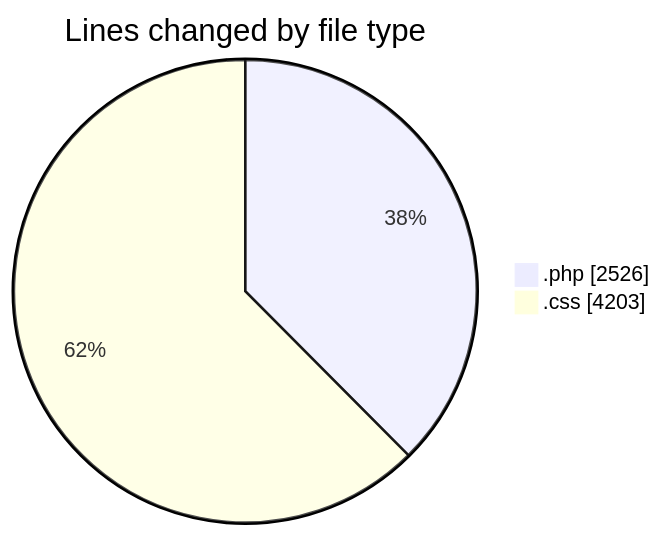
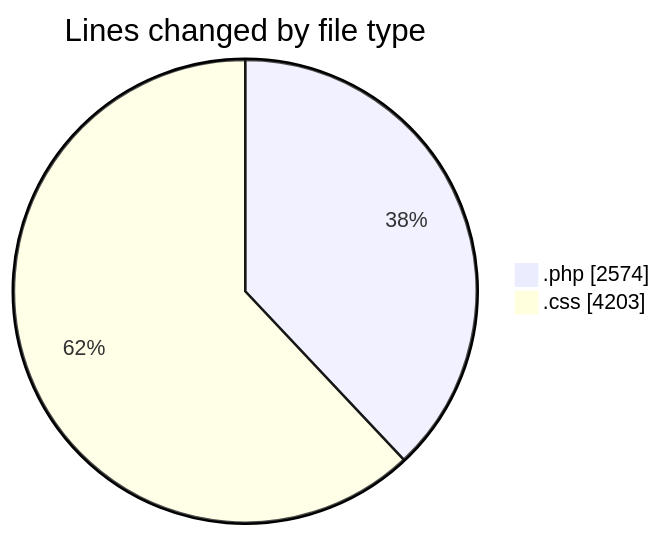
One commit to debugP/code-tracking changed the first of 2 diagrams in 2026-08-14/untitled__workspace_/README.md. Above: the diagram before and after it, drawn with Mermaid. The commit also changed other lines of this file and 1 other file, not shown here.

````diff
--- a/2026-08-14/untitled__workspace_/README.md
+++ b/2026-08-14/untitled__workspace_/README.md
@@ -24,6 +25,6 @@
 ```mermaid
 pie showData
 title Lines changed by file type
-".php" : 2526
+".php" : 2574
 ".css" : 4203
 ```
````
